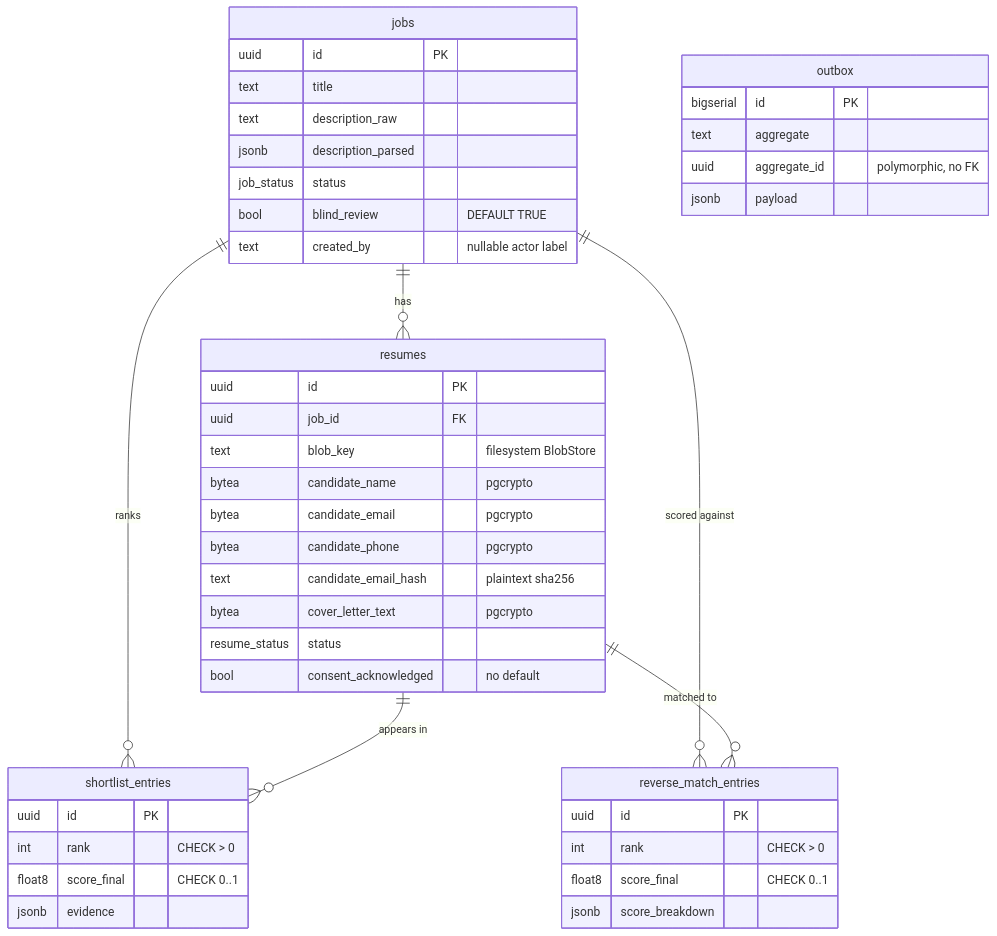
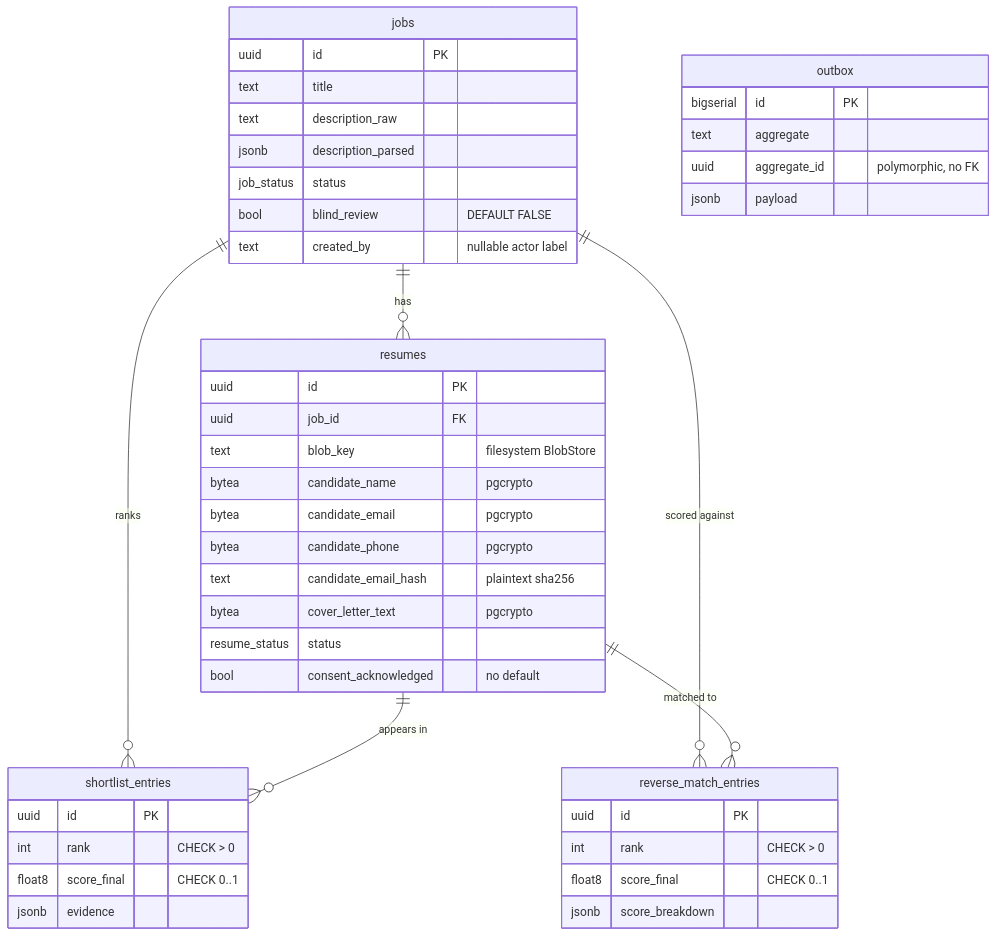
One commit to humanaxiom/recruiter-assistant changed the second of 2 diagrams in README.md. Above: the diagram before and after it, drawn with Mermaid. The commit also changed other lines of this file and 98 other files, not shown here.

First line of the commit message:
Sponsor requirements: Taleo import, document links, the manager's prompt, department & campus, work authorization, blind review opt-in (#104)

````diff
--- a/README.md
+++ b/README.md
@@ -79,48 +79,48 @@
 ```mermaid
 erDiagram
     jobs ||--o{ resumes : "has"
     jobs ||--o{ shortlist_entries : "ranks"
     jobs ||--o{ reverse_match_entries : "scored against"
     resumes ||--o{ shortlist_entries : "appears in"
     resumes ||--o{ reverse_match_entries : "matched to"
 
     jobs {
         uuid id PK
         text title
         text description_raw
         jsonb description_parsed
         job_status status
-        bool blind_review "DEFAULT TRUE"
+        bool blind_review "DEFAULT FALSE"
         text created_by "nullable actor label"
     }
     resumes {
         uuid id PK
         uuid job_id FK
         text blob_key "filesystem BlobStore"
         bytea candidate_name "pgcrypto"
         bytea candidate_email "pgcrypto"
         bytea candidate_phone "pgcrypto"
         text candidate_email_hash "plaintext sha256"
         bytea cover_letter_text "pgcrypto"
         resume_status status
         bool consent_acknowledged "no default"
     }
     shortlist_entries {
         uuid id PK
         int rank "CHECK > 0"
         float8 score_final "CHECK 0..1"
         jsonb evidence
     }
     reverse_match_entries {
         uuid id PK
         int rank "CHECK > 0"
         float8 score_final "CHECK 0..1"
         jsonb score_breakdown
     }
     outbox {
         bigserial id PK
         text aggregate
         uuid aggregate_id "polymorphic, no FK"
         jsonb payload
     }
 ```
````
